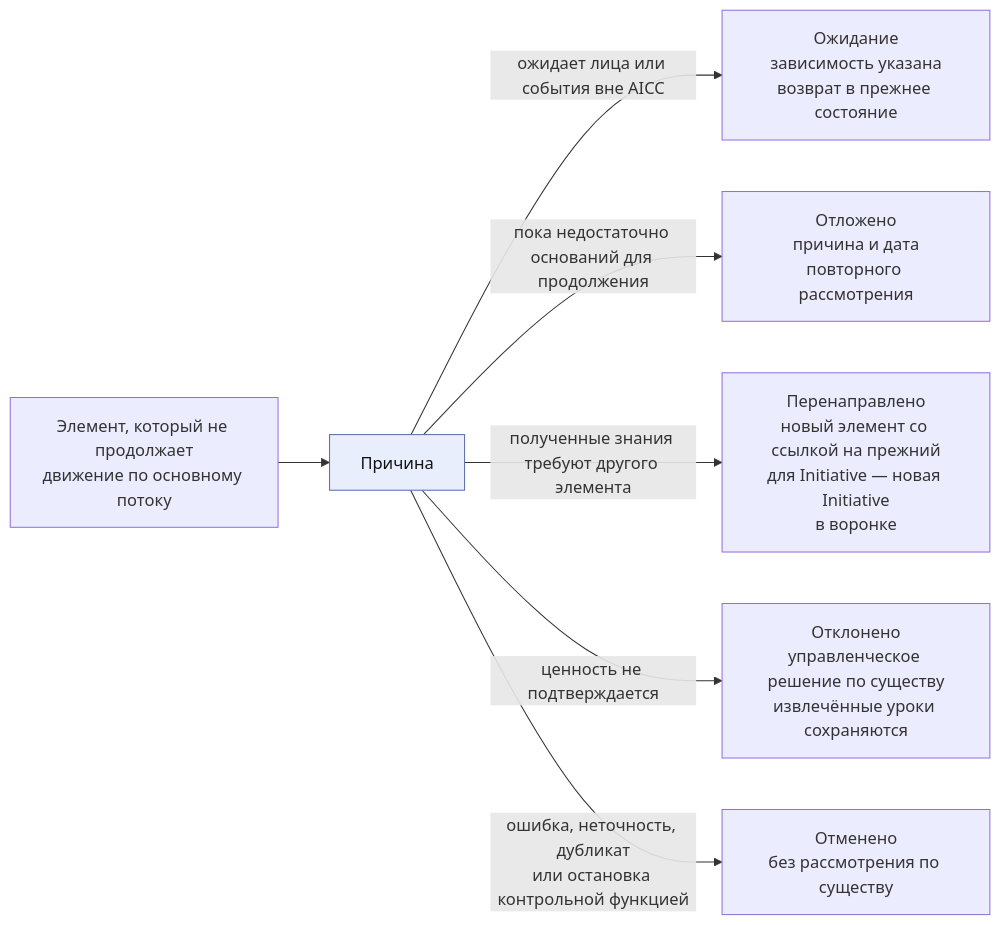
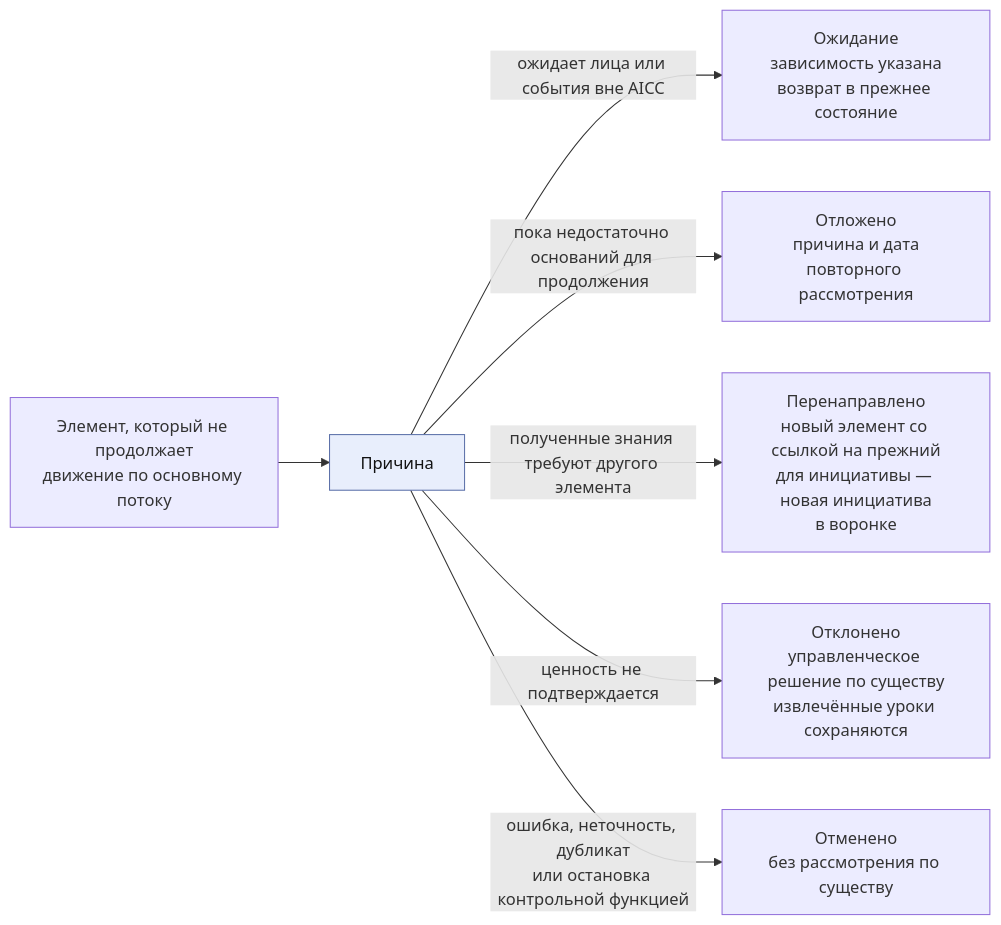
Before and after one commit to devhogu/ob-aicc: the third of 10 diagrams in charter/ru/workflows/service-delivery.md, drawn with Mermaid. The commit also changed other lines of this file and 150 other files, not shown here.

````diff
--- a/charter/ru/workflows/service-delivery.md
+++ b/charter/ru/workflows/service-delivery.md
@@ -73,11 +73,11 @@
 ```mermaid
 flowchart LR
   IT["Элемент, который не продолжает<br/>движение по основному потоку"] --> Q["Причина"]
   Q -->|"ожидает лица или события вне AICC"| WT["Ожидание<br/>зависимость указана<br/>возврат в прежнее состояние"]
   Q -->|"пока недостаточно оснований для продолжения"| DF["Отложено<br/>причина и дата<br/>повторного рассмотрения"]
-  Q -->|"полученные знания требуют другого элемента"| PV["Перенаправлено<br/>новый элемент со ссылкой на прежний<br/>для Initiative — новая Initiative<br/>в воронке"]
+  Q -->|"полученные знания требуют другого элемента"| PV["Перенаправлено<br/>новый элемент со ссылкой на прежний<br/>для инициативы — новая инициатива<br/>в воронке"]
   Q -->|"ценность не подтверждается"| RJ["Отклонено<br/>управленческое решение по существу<br/>извлечённые уроки сохраняются"]
   Q -->|"ошибка, неточность, дубликат<br/>или остановка контрольной функцией"| CN["Отменено<br/>без рассмотрения по существу"]
   classDef gate fill:#e8eefc,stroke:#5a6fa8,color:#111
   class Q gate
 ```
````
